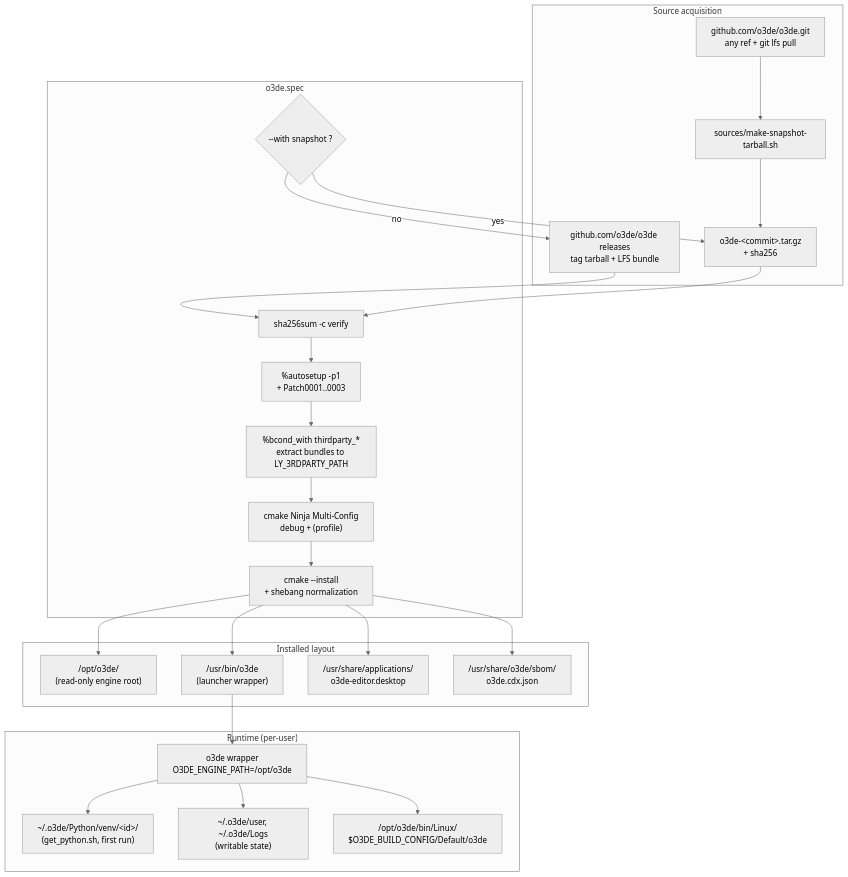
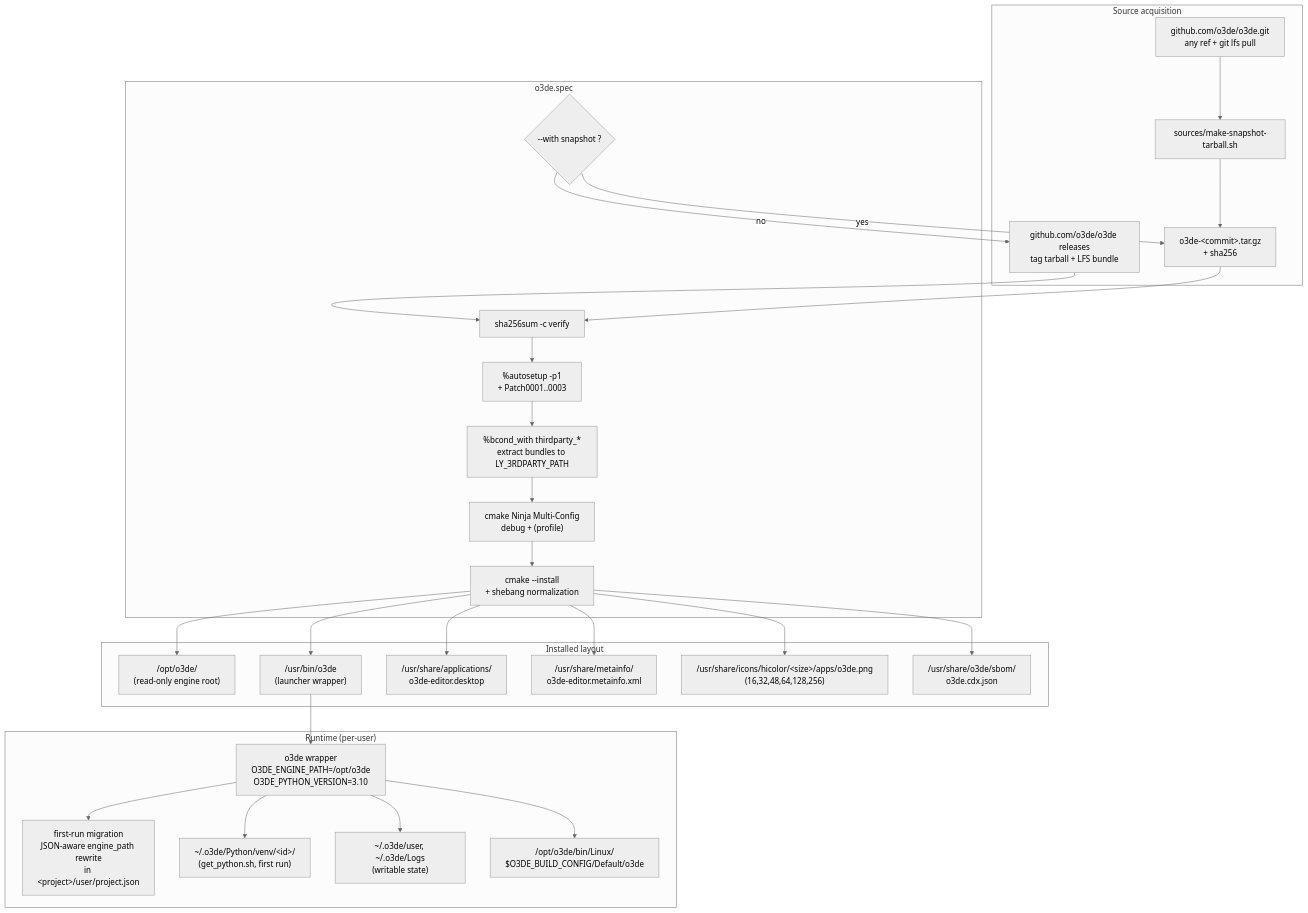
The diagram in README.md (nickschuetz/o3de-rpm), drawn with Mermaid (neutral theme) before and after one commit. The commit also changed other lines of this file and 10 other files, not shown here.

````diff
--- a/README.md
+++ b/README.md
@@ -36,44 +39,50 @@
 ```mermaid
 flowchart TB
     subgraph SRC["Source acquisition"]
         S1["github.com/o3de/o3de releases<br/>tag tarball + LFS bundle"]
         S2["github.com/o3de/o3de.git<br/>any ref + git lfs pull"]
         SH["sources/make-snapshot-tarball.sh"]
         S2 --> SH --> SNAP["o3de-&lt;commit&gt;.tar.gz<br/>+ sha256"]
     end
 
     subgraph SPEC["o3de.spec"]
         BC{"--with snapshot ?"}
         SHA["sha256sum -c verify"]
         AUTO["%autosetup -p1<br/>+ Patch0001..0003"]
         TP["%bcond_with thirdparty_*<br/>extract bundles to LY_3RDPARTY_PATH"]
         BUILD["cmake Ninja Multi-Config<br/>debug + (profile)"]
         INST["cmake --install<br/>+ shebang normalization"]
         BC -->|no| S1
         BC -->|yes| SNAP
         S1 --> SHA
         SNAP --> SHA
         SHA --> AUTO --> TP --> BUILD --> INST
     end
 
     subgraph INSTALL["Installed layout"]
         OPT["/opt/o3de/<br/>(read-only engine root)"]
         BIN["/usr/bin/o3de<br/>(launcher wrapper)"]
         DT["/usr/share/applications/<br/>o3de-editor.desktop"]
+        MI["/usr/share/metainfo/<br/>o3de-editor.metainfo.xml"]
+        ICN["/usr/share/icons/hicolor/&lt;size&gt;/apps/o3de.png<br/>(16,32,48,64,128,256)"]
         SBOM["/usr/share/o3de/sbom/<br/>o3de.cdx.json"]
         INST --> OPT
         INST --> BIN
         INST --> DT
+        INST --> MI
+        INST --> ICN
         INST --> SBOM
     end
 
     subgraph RT["Runtime (per-user)"]
-        WRAP["o3de wrapper<br/>O3DE_ENGINE_PATH=/opt/o3de"]
+        WRAP["o3de wrapper<br/>O3DE_ENGINE_PATH=/opt/o3de<br/>O3DE_PYTHON_VERSION=3.10"]
+        MIG["first-run migration<br/>JSON-aware engine_path rewrite<br/>in &lt;project&gt;/user/project.json"]
         PY["~/.o3de/Python/venv/&lt;id&gt;/<br/>(get_python.sh, first run)"]
         UD["~/.o3de/user, ~/.o3de/Logs<br/>(writable state)"]
         ENG["/opt/o3de/bin/Linux/<br/>$O3DE_BUILD_CONFIG/Default/o3de"]
         BIN --> WRAP --> ENG
+        WRAP --> MIG
         WRAP --> PY
         WRAP --> UD
     end
 ```
````
